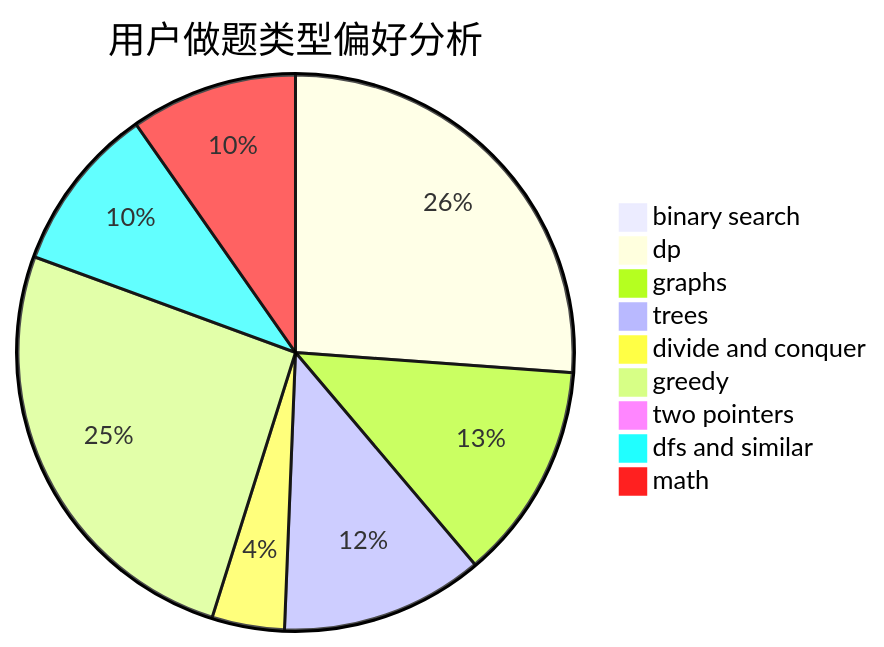
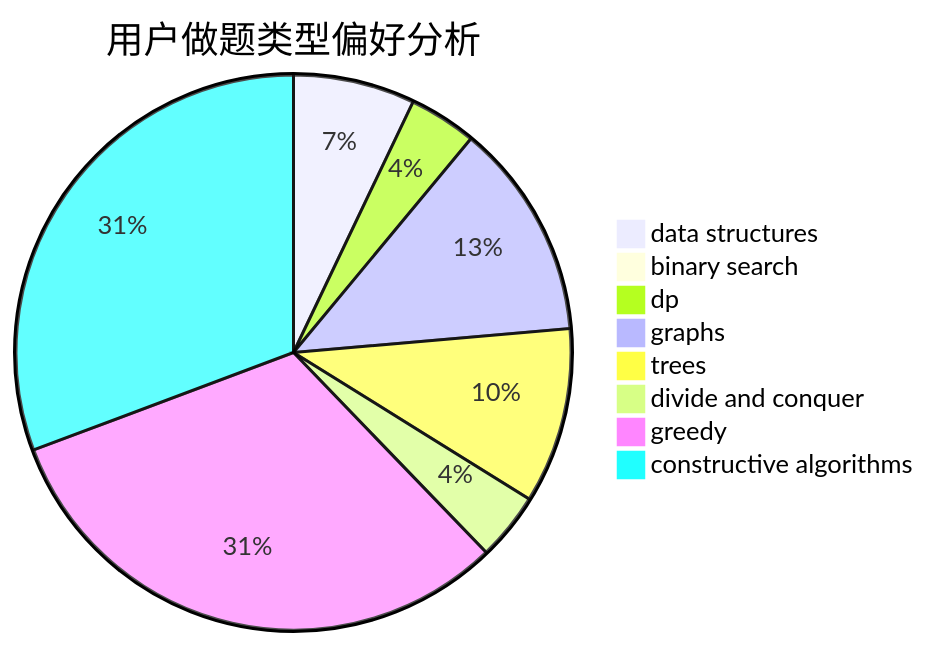
One commit to sherpahu/cfrs.github.io changed the second of 3 diagrams in docs/user/u291.md. Above: the diagram before and after it, drawn with Mermaid. The commit also changed other lines of this file and 2775 other files, not shown here.

````diff
--- a/docs/user/u291.md
+++ b/docs/user/u291.md
@@ -23,12 +23,11 @@
 ```mermaid
 pie title 用户做题类型偏好分析
-    "binary search" :  1
-    "dp" :  62
-    "graphs" :  30
-    "trees" :  28
-    "divide and conquer" :  10
-    "greedy" :  61
-    "two pointers" :  2
-    "dfs and similar" :  23
-    "math" :  23
+    "data structures" :  9
+    "binary search" :  0
+    "dp" :  5
+    "graphs" :  16
+    "trees" :  13
+    "divide and conquer" :  5
+    "greedy" :  40
+    "constructive algorithms" :  39
 ```
````
